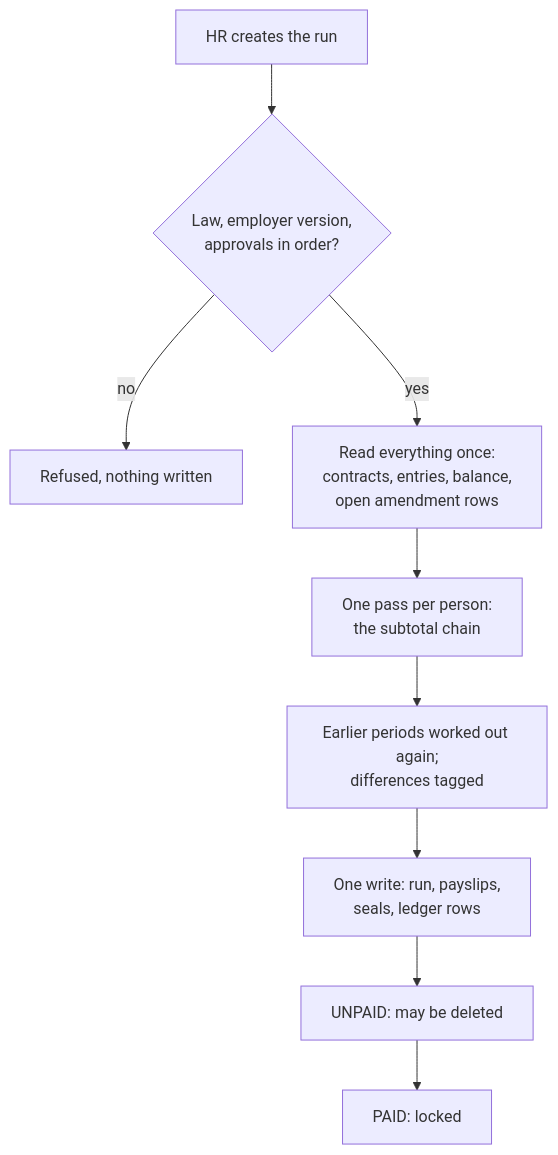
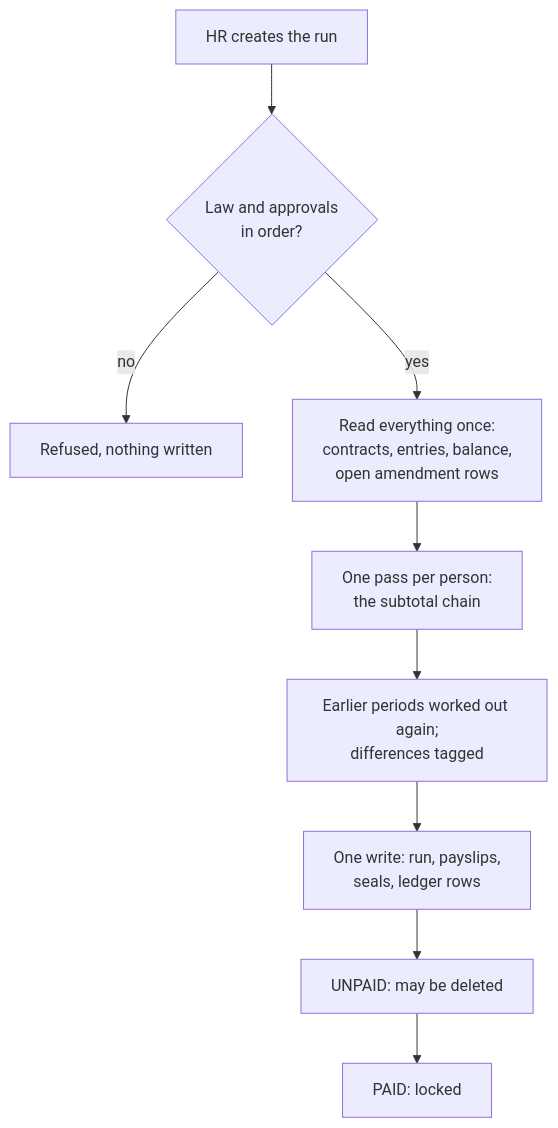
Before and after one commit to norbital-ai/templates: the second of 3 diagrams in hrms/docs/0008-mechanisms-walkthrough.md, drawn with Mermaid. The commit also changed other lines of this file and 71 other files, not shown here.

````diff
--- a/hrms/docs/0008-mechanisms-walkthrough.md
+++ b/hrms/docs/0008-mechanisms-walkthrough.md
@@ -137,11 +138,11 @@
 ```mermaid
 flowchart TD
-  create[HR creates the run] --> checks{Law, employer version,<br/>approvals in order?}
+  create[HR creates the run] --> checks{Law and approvals<br/>in order?}
   checks -- no --> refused[Refused, nothing written]
   checks -- yes --> read[Read everything once:<br/>contracts, entries, balance,<br/>open amendment rows]
   read --> calc[One pass per person:<br/>the subtotal chain]
   calc --> carry[Earlier periods worked out again;<br/>differences tagged]
   carry --> write[One write: run, payslips,<br/>seals, ledger rows]
   write --> unpaid[UNPAID: may be deleted]
   unpaid --> paid[PAID: locked]
 ```
````
